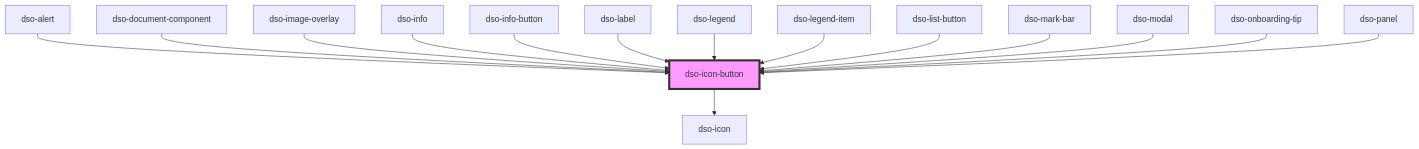
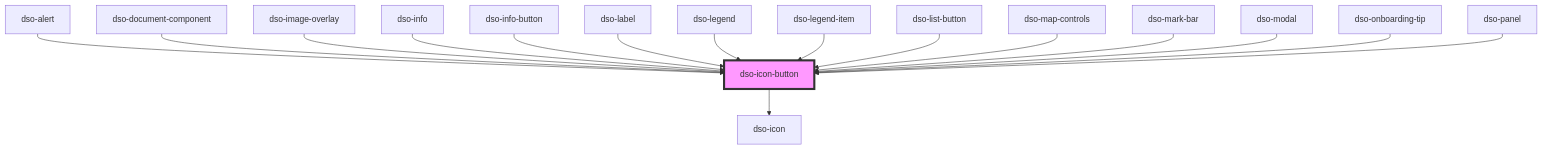
Before and after one commit to dso-toolkit/dso-toolkit: the diagram in packages/core/src/components/icon-button/readme.md, drawn with Mermaid. The commit also changed other lines of this file and 16 other files, not shown here.

Commit message:
#3362 [Changed] Map Controls: Icon Button integratie

````diff
--- a/packages/core/src/components/icon-button/readme.md
+++ b/packages/core/src/components/icon-button/readme.md
@@ -62,18 +63,19 @@
 ```mermaid
 graph TD;
   dso-icon-button --> dso-icon
   dso-alert --> dso-icon-button
   dso-document-component --> dso-icon-button
   dso-image-overlay --> dso-icon-button
   dso-info --> dso-icon-button
   dso-info-button --> dso-icon-button
   dso-label --> dso-icon-button
   dso-legend --> dso-icon-button
   dso-legend-item --> dso-icon-button
   dso-list-button --> dso-icon-button
+  dso-map-controls --> dso-icon-button
   dso-mark-bar --> dso-icon-button
   dso-modal --> dso-icon-button
   dso-onboarding-tip --> dso-icon-button
   dso-panel --> dso-icon-button
   style dso-icon-button fill:#f9f,stroke:#333,stroke-width:4px
 ```
````
